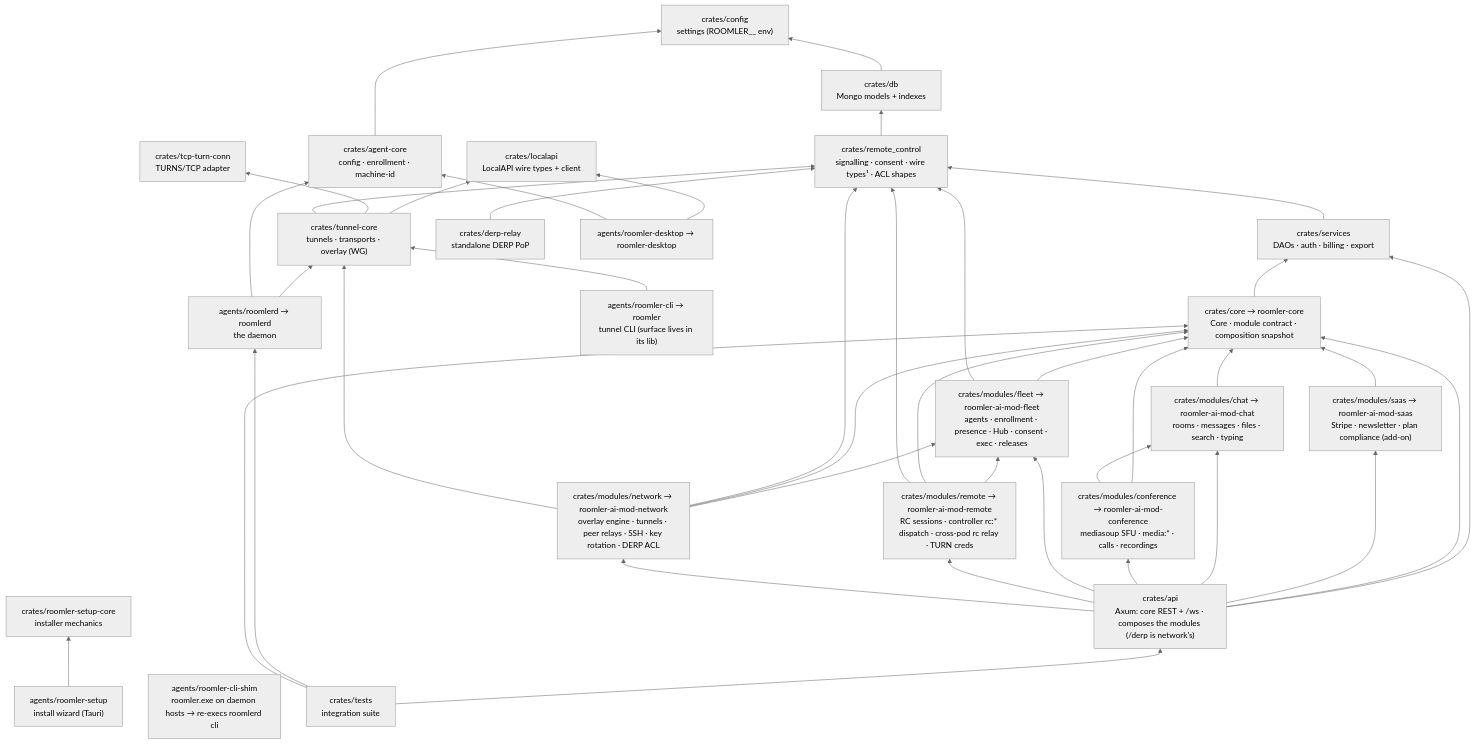
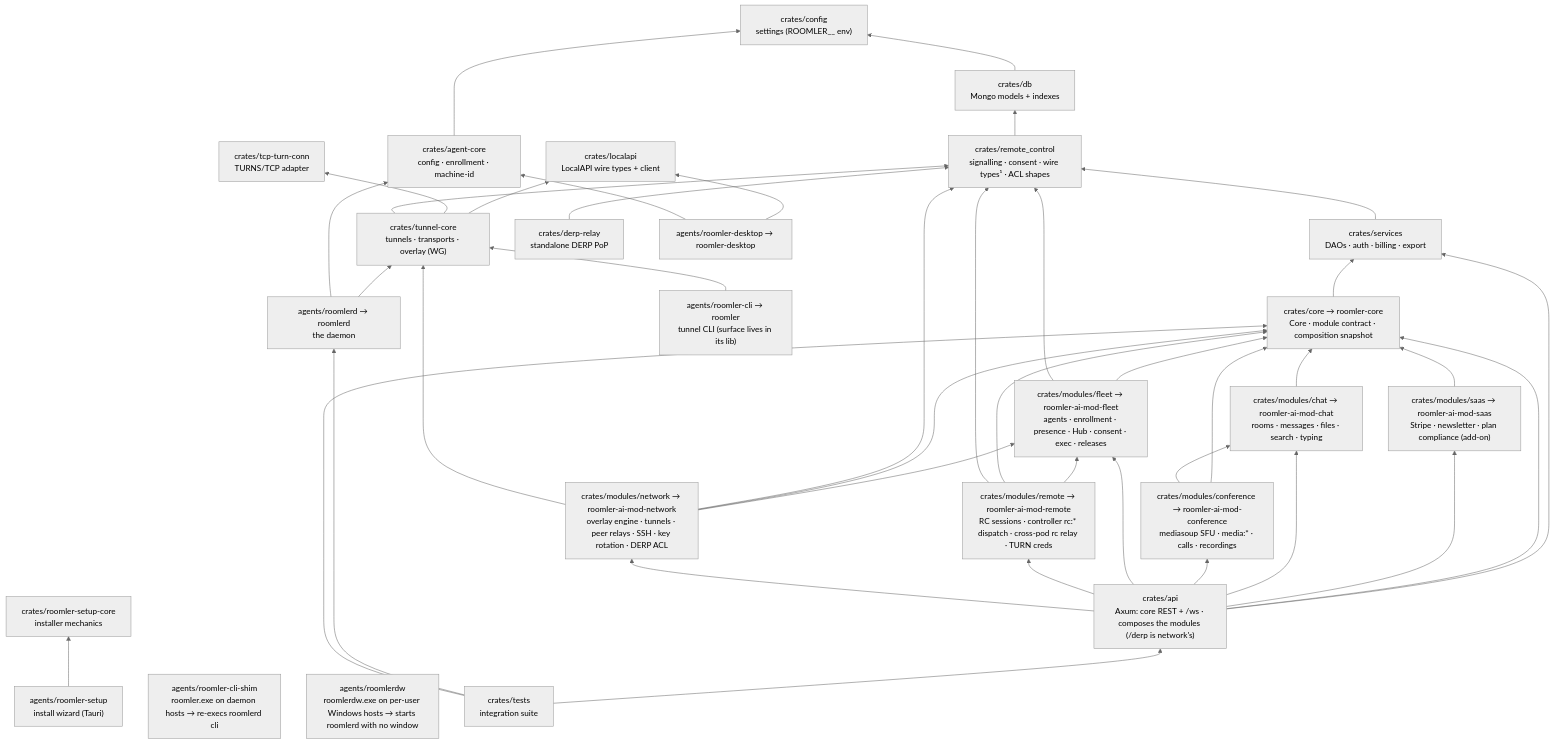
One commit to gjovanov/roomler-ai changed the third of 4 diagrams in docs/architecture.md. Above: the diagram before and after it, drawn with Mermaid (neutral theme). The commit also changed 27 other files, not shown here.

First line of the commit message:
fix(windows): a per-user daemon has no window, and a self-update brings it back

````diff
--- a/docs/architecture.md
+++ b/docs/architecture.md
@@ -100,50 +100,51 @@
 ```mermaid
 flowchart BT
     config["crates/config<br/>settings (ROOMLER__ env)"]
     db["crates/db<br/>Mongo models + indexes"]
     core["crates/core → roomler-core<br/>Core · module contract · composition snapshot"]
     saas["crates/modules/saas → roomler-ai-mod-saas<br/>Stripe · newsletter · plan compliance (add-on)"]
     chat["crates/modules/chat → roomler-ai-mod-chat<br/>rooms · messages · files · search · typing"]
     conference["crates/modules/conference → roomler-ai-mod-conference<br/>mediasoup SFU · media:* · calls · recordings"]
     fleet["crates/modules/fleet → roomler-ai-mod-fleet<br/>agents · enrollment · presence · Hub · consent · exec · releases"]
     remote["crates/modules/remote → roomler-ai-mod-remote<br/>RC sessions · controller rc:* dispatch · cross-pod rc relay · TURN creds"]
     network["crates/modules/network → roomler-ai-mod-network<br/>overlay engine · tunnels · peer relays · SSH · key rotation · DERP ACL"]
     rc["crates/remote_control<br/>signalling · consent · wire types¹ · ACL shapes"]
     services["crates/services<br/>DAOs · auth · billing · export"]
     api["crates/api<br/>Axum: core REST + /ws · composes the modules (/derp is network's)"]
     tests["crates/tests<br/>integration suite"]
 
     localapi["crates/localapi<br/>LocalAPI wire types + client"]
     agentcore["crates/agent-core<br/>config · enrollment · machine-id"]
     tunnelcore["crates/tunnel-core<br/>tunnels · transports · overlay (WG)"]
     tcpturn["crates/tcp-turn-conn<br/>TURNS/TCP adapter"]
     derprelay["crates/derp-relay<br/>standalone DERP PoP"]
     setupcore["crates/roomler-setup-core<br/>installer mechanics"]
 
     roomlerd["agents/roomlerd → roomlerd<br/>the daemon"]
     tunnel["agents/roomler-cli → roomler<br/>tunnel CLI (surface lives in its lib)"]
     shim["agents/roomler-cli-shim<br/>roomler.exe on daemon hosts → re-execs roomlerd cli"]
+    launcher["agents/roomlerdw<br/>roomlerdw.exe on per-user Windows hosts → starts roomlerd with no window"]
     tray["agents/roomler-desktop → roomler-desktop"]
     setup["agents/roomler-setup<br/>install wizard (Tauri)"]
 
     db --> config
     core --> services
     saas --> core
     chat --> core
     conference --> core & chat
     fleet --> core & rc
     remote --> fleet & core & rc
     network --> fleet & core & rc & tunnelcore
     rc --> db
     services --> rc
     api --> services & core & saas & chat & conference & fleet & remote & network
     tests --> api & roomlerd & core
 
     tunnelcore --> localapi & tcpturn & rc
     agentcore --> config
     roomlerd --> tunnelcore & agentcore
     tunnel --> tunnelcore
     tray --> localapi & agentcore
     setup --> setupcore
     derprelay --> rc
 ```
````
